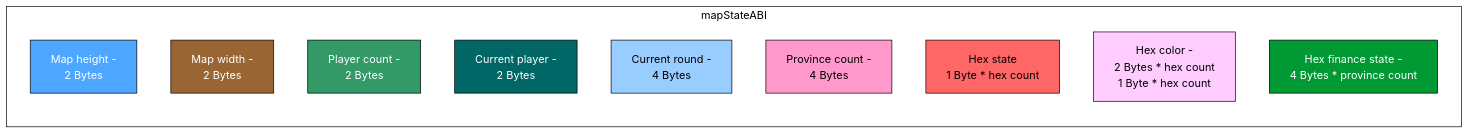
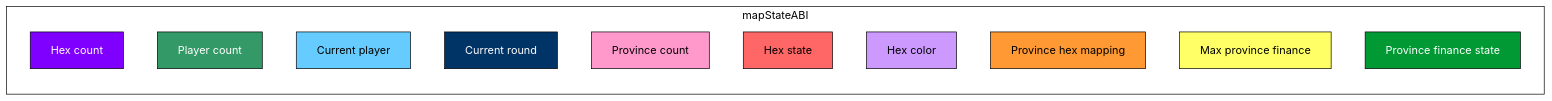
The first of 2 diagrams in readme.md (Kseroten1/Multiyoy), drawn with Mermaid (base theme) before and after one commit. The commit also changed other lines of this file, not shown here.

Commit message:
mapStateABI and generateMap structure

````diff
--- a/readme.md
+++ b/readme.md
@@ -4,25 +5,27 @@
 ```mermaid
 flowchart LR
     subgraph mapStateABI
-        A[Map height - <br> 2 Bytes]:::blue
-        B[Map width - <br> 2 Bytes]:::brown
-        C[Player count - <br> 2 Bytes]:::green
-        D[Current player - <br> 2 Bytes]:::teal
-        E[Current round - <br> 4 Bytes]:::lightblue
-        F[Province count - <br> 4 Bytes]:::pink
-        G[Hex state <br> 1 Byte * hex count]:::red
-        H[Hex color - <br> 2 Bytes * hex count <br> 1 Byte * hex count]:::violet
-        I[Hex finance state - <br> 4 Bytes * province count]:::darkgreen
+        A[Hex count]:::purple
+        B[Player count]:::green
+        C[Current player]:::lightblue
+        D[Current round]:::navy
+        E[Province count]:::pink
+        F[Hex state]:::red
+        G[Hex color]:::violet
+        H[Province hex mapping]:::orange
+        I[Max province finance]:::yellow
+        J[Province finance state]:::darkgreen
     end
 
-    classDef blue fill:#4da6ff,stroke:#000,color:#fff;
-    classDef brown fill:#996633,stroke:#000,color:#fff;
+    classDef purple fill:#8000ff,stroke:#000,color:#fff;
     classDef green fill:#339966,stroke:#000,color:#fff;
-    classDef teal fill:#006666,stroke:#000,color:#fff;
-    classDef lightblue fill:#99ccff,stroke:#000,color:#000;
+    classDef lightblue fill:#66ccff,stroke:#000,color:#000;
+    classDef navy fill:#003366,stroke:#000,color:#fff;
     classDef pink fill:#ff99cc,stroke:#000,color:#000;
     classDef red fill:#ff6666,stroke:#000,color:#000;
-    classDef violet fill:#ffccff,stroke:#000,color:#000;
+    classDef violet fill:#cc99ff,stroke:#000,color:#000;
+    classDef orange fill:#ff9933,stroke:#000,color:#000;
+    classDef yellow fill:#ffff66,stroke:#000,color:#000;
     classDef darkgreen fill:#009933,stroke:#000,color:#fff;
-    style mapStateABI fill:#ffffff,stroke:#000,stroke-width:1px,color:#000;
+    style mapStateABI fill:none,stroke:#000,stroke-width:1px,color:#000;
 ```
````
